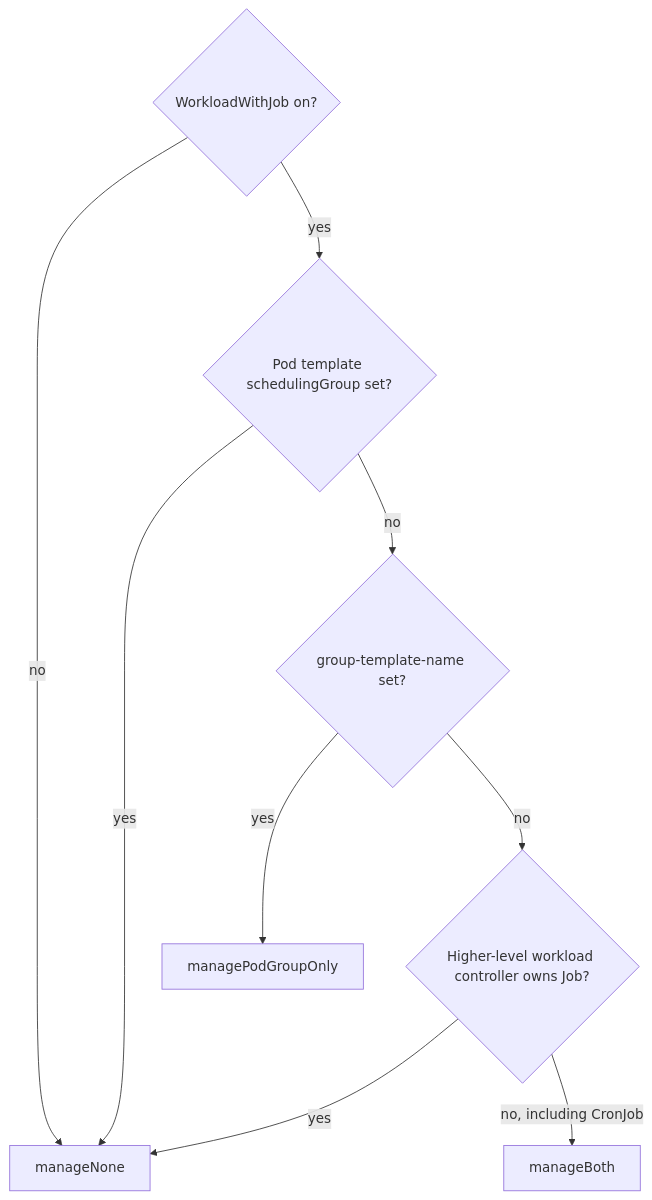
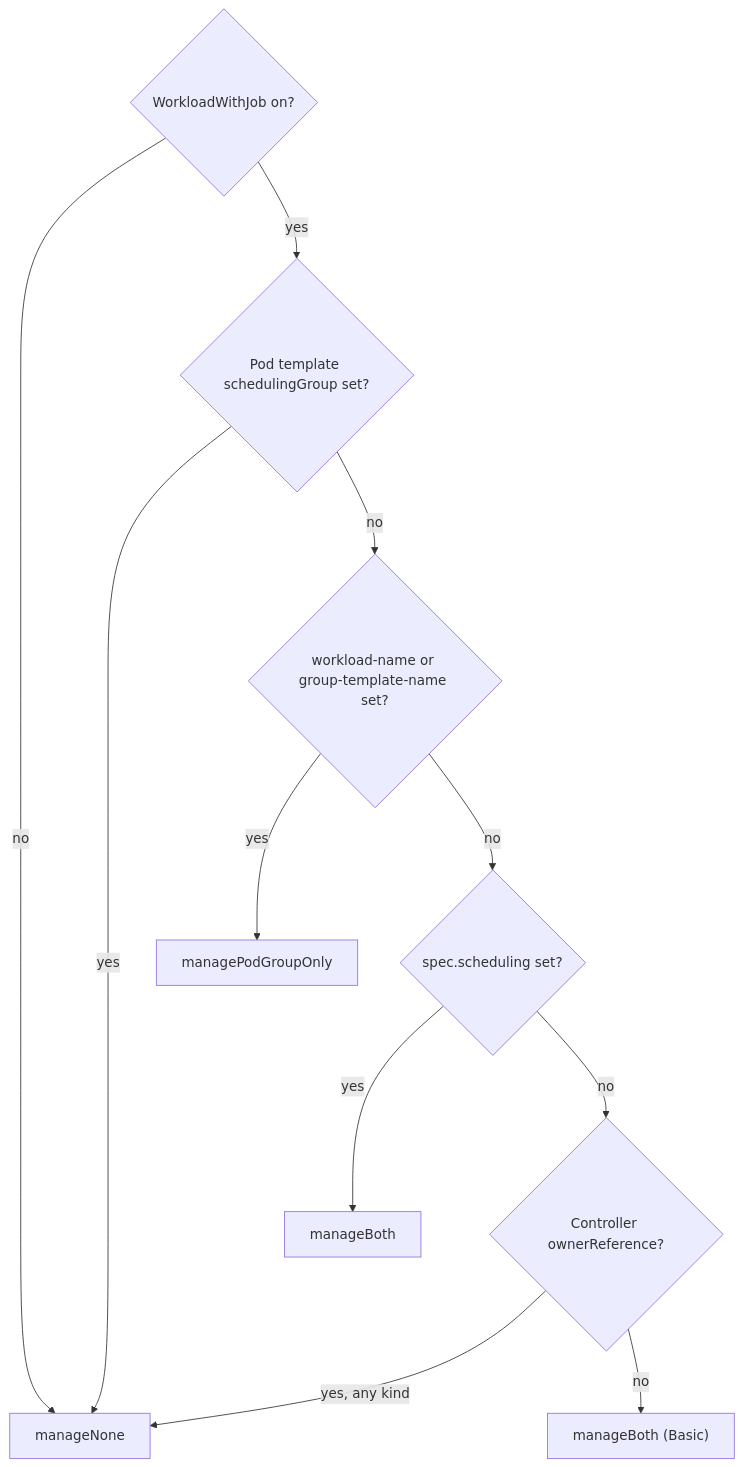
Before and after one commit to kubernetes/enhancements: the first of 3 diagrams in keps/sig-apps/5547-integrate-workload-with-job/README.md, drawn with Mermaid. The commit also changed other lines of this file, not shown here.

Commit message:
Update Kep to match workload-name addition

````diff
--- a/keps/sig-apps/5547-integrate-workload-with-job/README.md
+++ b/keps/sig-apps/5547-integrate-workload-with-job/README.md
@@ -792,11 +812,13 @@
 ```mermaid
 flowchart TD
     gate{WorkloadWithJob on?} -->|no| none[manageNone]
     gate -->|yes| sg{Pod template schedulingGroup set?}
     sg -->|yes| none
-    sg -->|no| ann{group-template-name set?}
+    sg -->|no| ann{"workload-name or group-template-name set?"}
     ann -->|yes| pgOnly[managePodGroupOnly]
-    ann -->|no| parent{Higher-level workload controller owns Job?}
-    parent -->|yes| none
-    parent -->|no, including CronJob| both[manageBoth]
+    ann -->|no| sched{spec.scheduling set?}
+    sched -->|yes| both[manageBoth]
+    sched -->|no| owner{Controller ownerReference?}
+    owner -->|"yes, any kind"| none
+    owner -->|no| basic["manageBoth (Basic)"]
 ```
````
